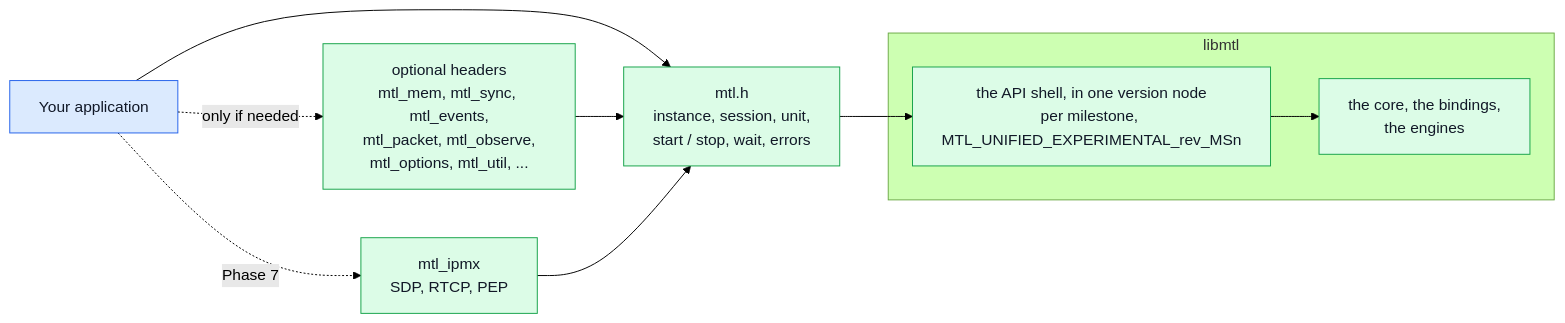
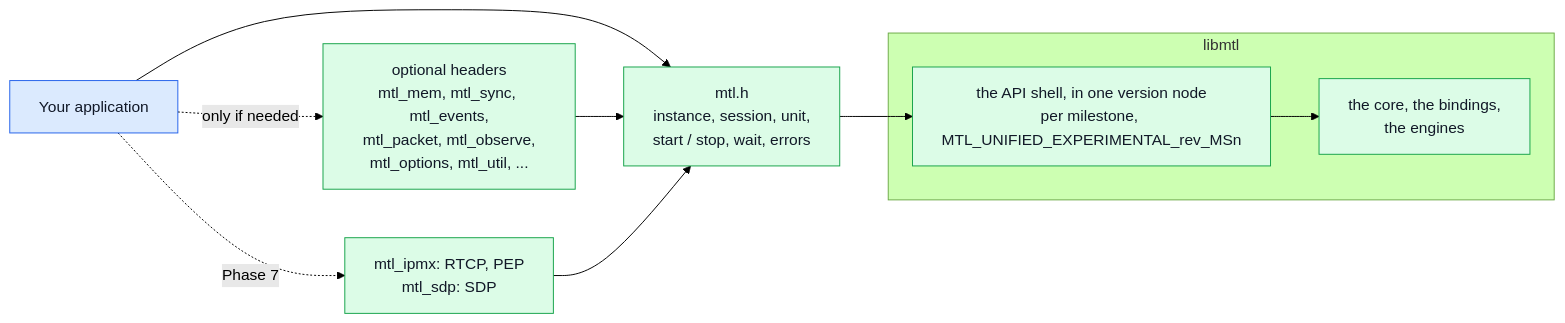
The third of 8 diagrams in doc/unified-api/migration.md (Sakoram/Media-Transport-Library), drawn with Mermaid (forest theme) before and after one commit. The commit also changed other lines of this file and 52 other files, not shown here.

````diff
--- a/doc/unified-api/migration.md
+++ b/doc/unified-api/migration.md
@@ -869,16 +936,16 @@
 ```mermaid
 flowchart LR
     APP["Your application"]:::app --> MTLH["mtl.h<br/>instance, session, unit,<br/>start / stop, wait, errors"]:::mtl
     APP -. "only if needed" .-> EXT["optional headers<br/>mtl_mem, mtl_sync, mtl_events,<br/>mtl_packet, mtl_observe,<br/>mtl_options, mtl_util, ..."]:::mtl
-    APP -. "Phase 7" .-> L7["mtl_ipmx<br/>SDP, RTCP, PEP"]:::mtl
+    APP -. "Phase 7" .-> L7["mtl_ipmx: RTCP, PEP<br/>mtl_sdp: SDP"]:::mtl
     EXT --> MTLH
     L7 --> MTLH
     subgraph LIBMTL["libmtl"]
         LIB["the API shell, in one version node<br/>per milestone, MTL_UNIFIED_EXPERIMENTAL_rev_MSn"]:::mtl
         ENG["the core, the bindings,<br/>the engines"]:::mtl
     end
     MTLH --> LIB
     LIB --> ENG
     classDef app fill:#dbeafe,stroke:#2563eb,color:#111827
     classDef mtl fill:#dcfce7,stroke:#16a34a,color:#111827
 ```
````
